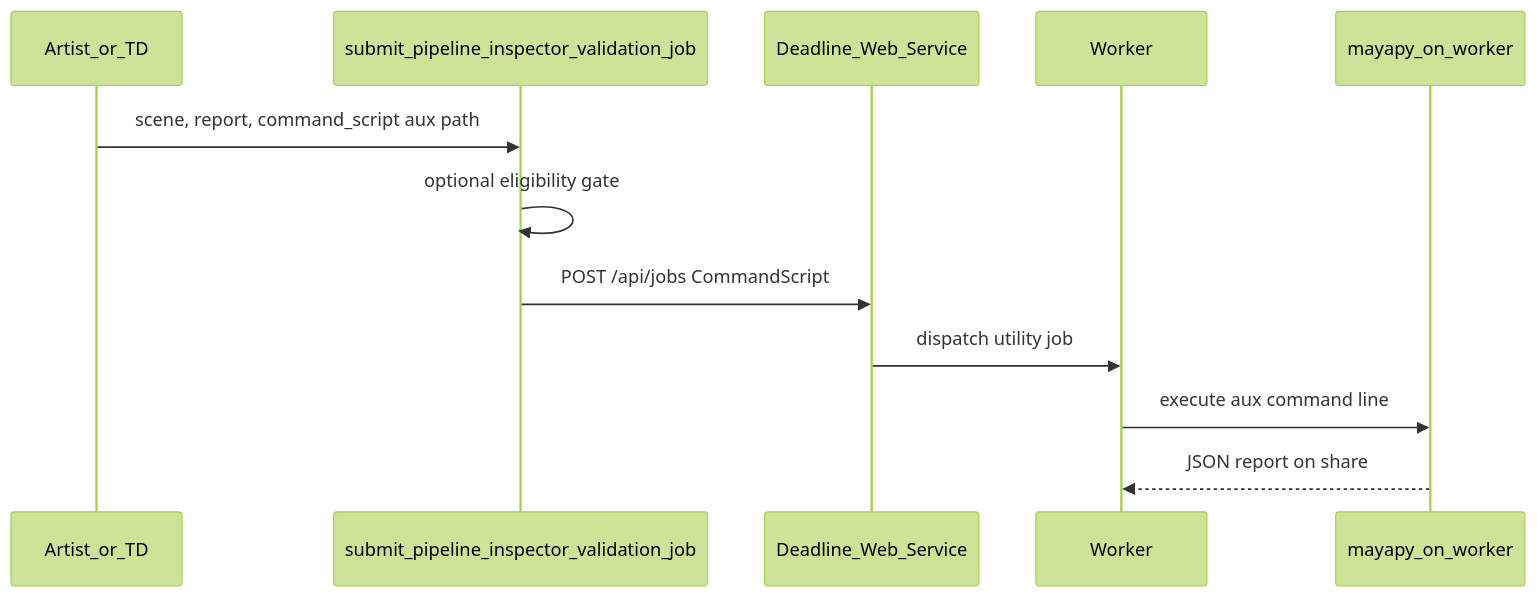
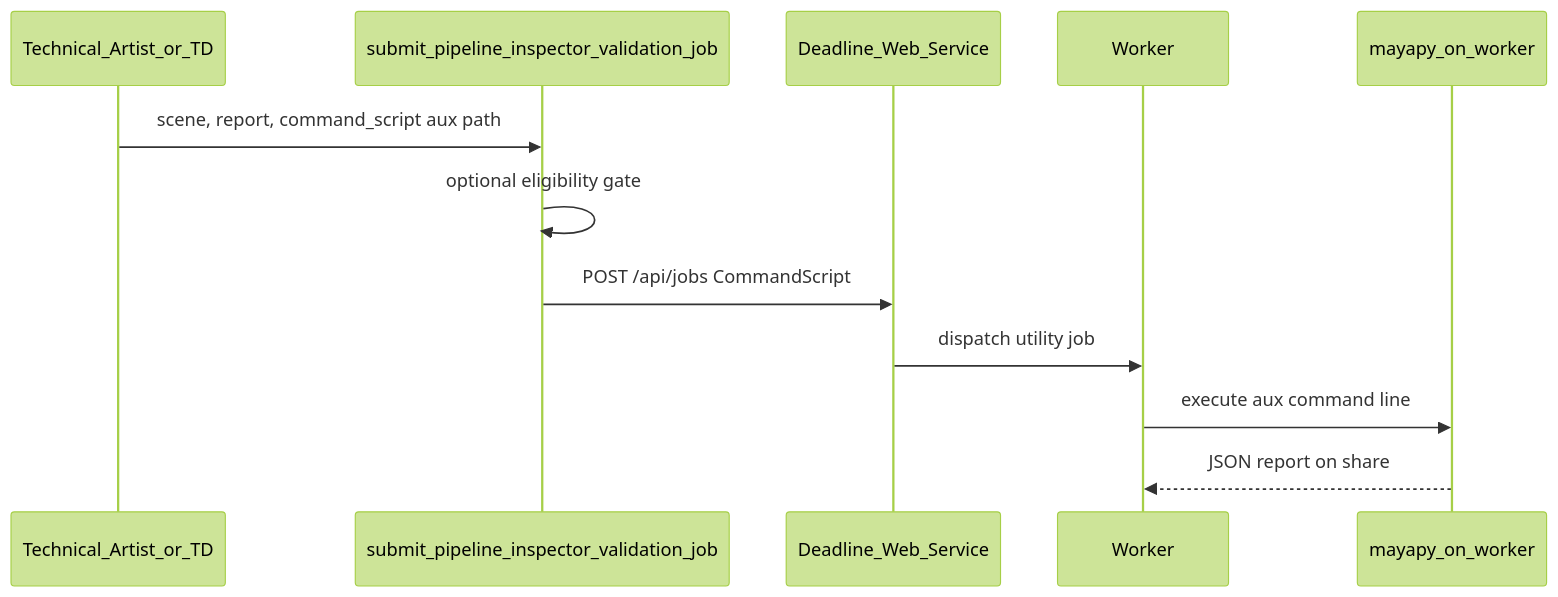
The third of 3 diagrams in docs/integrations/deadline_submit_preflight.md (armasonix/maya-pipeline-inspector), drawn with Mermaid (forest theme) before and after one commit. The commit also changed other lines of this file and 142 other files, not shown here.

````diff
--- a/docs/integrations/deadline_submit_preflight.md
+++ b/docs/integrations/deadline_submit_preflight.md
@@ -309,15 +307,15 @@
 ```mermaid
 sequenceDiagram
-    participant ART as Artist_or_TD
+    participant ART as Technical_Artist_or_TD
     participant SH as submit_pipeline_inspector_validation_job
     participant WS as Deadline_Web_Service
     participant WRK as Worker
     participant MY as mayapy_on_worker
 
     ART->>SH: scene, report, command_script aux path
     SH->>SH: optional eligibility gate
     SH->>WS: POST /api/jobs CommandScript
     WS->>WRK: dispatch utility job
     WRK->>MY: execute aux command line
     MY-->>WRK: JSON report on share
 ```
````
